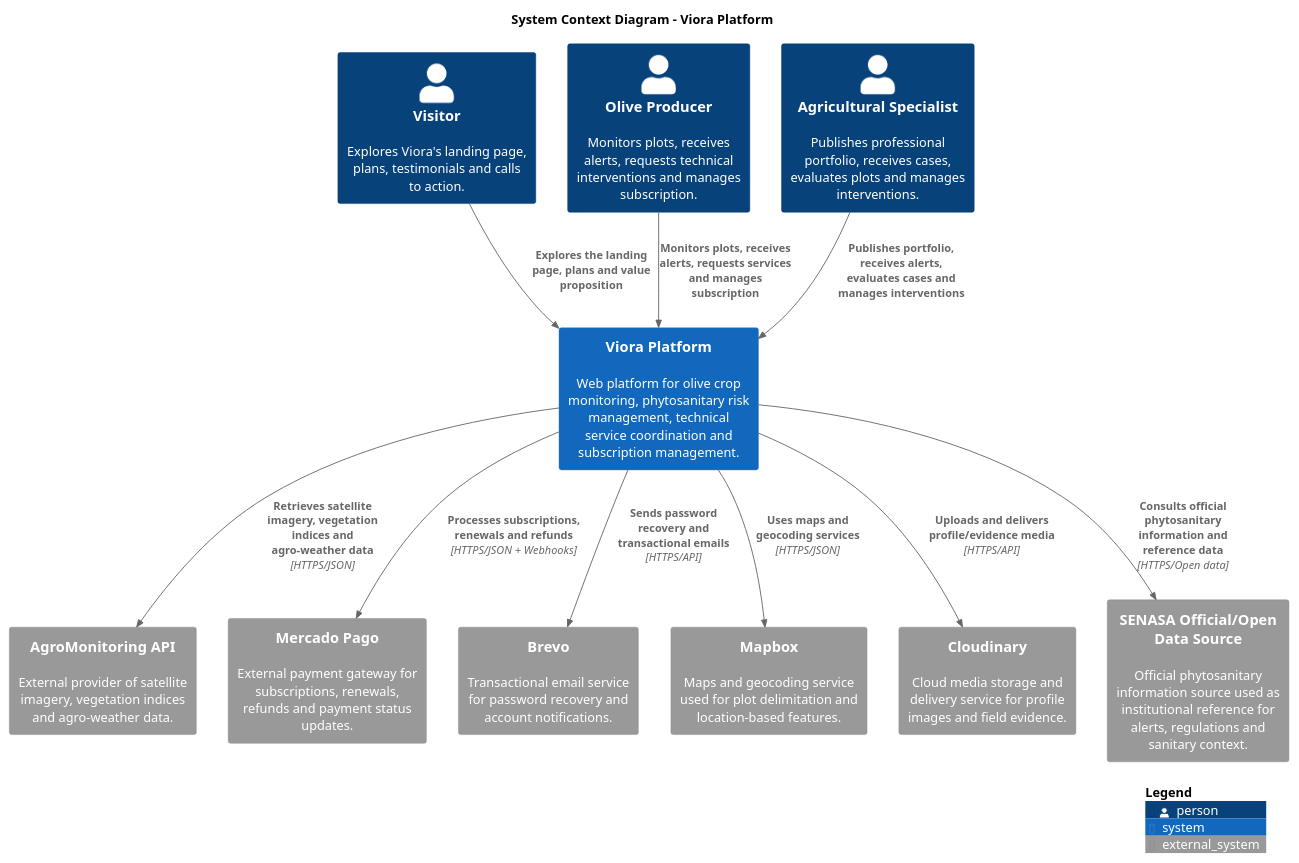
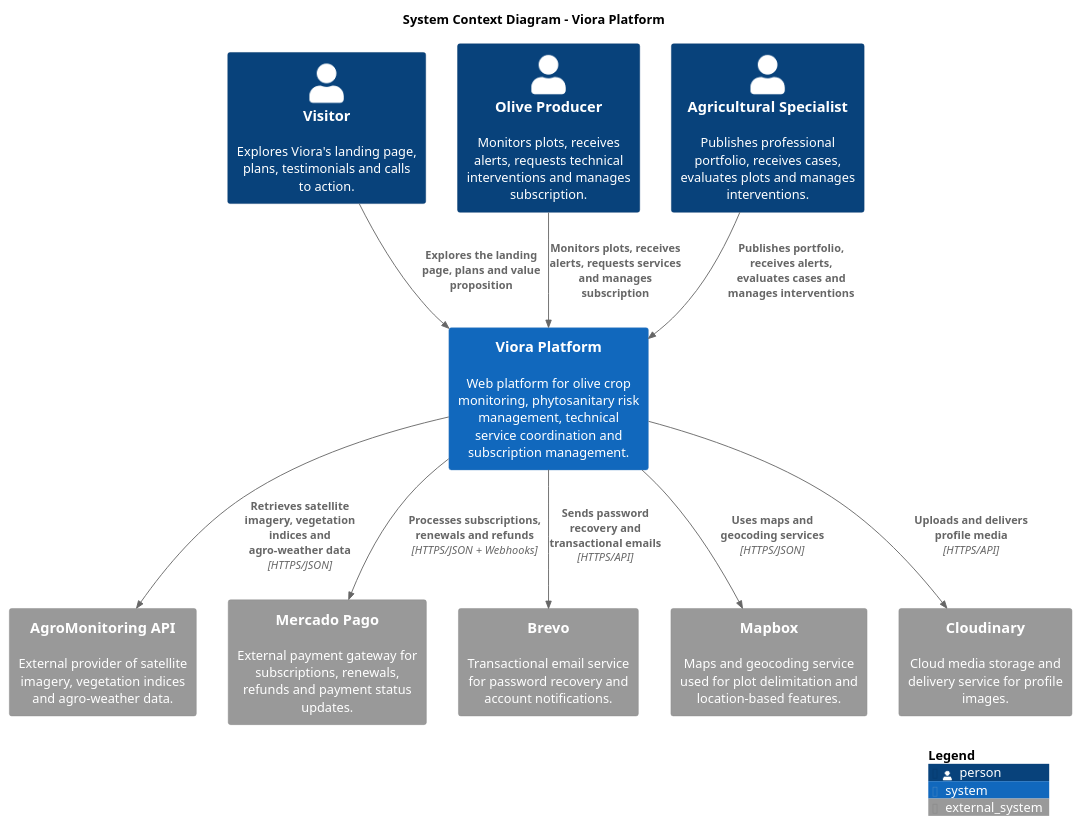
The diagram in report/assets/diagram-sources/c4/VioraSystemContext.puml (upc-pre-1asi0730-2610-10215-arcadiadevs/viora-report), drawn with PlantUML before and after one commit. The commit also changed 15 other files, not shown here.

Commit message:
fix(c4-diagrams): remove senasa and align components with actual codebase.

```diff
--- a/report/assets/diagram-sources/c4/VioraSystemContext.puml
+++ b/report/assets/diagram-sources/c4/VioraSystemContext.puml
@@ -1,31 +1,29 @@
 @startuml VioraSystemContext
-!include https://raw.githubusercontent.com/plantuml-stdlib/C4/master/C4_Context.puml
+!include <C4/C4_Context>
 
 title System Context Diagram - Viora Platform
 
 Person(visitor, "Visitor", "Explores Viora's landing page, plans, testimonials and calls to action.")
 Person(oliveProducer, "Olive Producer", "Monitors plots, receives alerts, requests technical interventions and manages subscription.")
 Person(agriSpecialist, "Agricultural Specialist", "Publishes professional portfolio, receives cases, evaluates plots and manages interventions.")
 
 System(vioraPlatform, "Viora Platform", "Web platform for olive crop monitoring, phytosanitary risk management, technical service coordination and subscription management.")
 
 System_Ext(agroMonitoring, "AgroMonitoring API", "External provider of satellite imagery, vegetation indices and agro-weather data.")
 System_Ext(mercadoPago, "Mercado Pago", "External payment gateway for subscriptions, renewals, refunds and payment status updates.")
 System_Ext(brevo, "Brevo", "Transactional email service for password recovery and account notifications.")
 System_Ext(mapbox, "Mapbox", "Maps and geocoding service used for plot delimitation and location-based features.")
-System_Ext(cloudinary, "Cloudinary", "Cloud media storage and delivery service for profile images and field evidence.")
-System_Ext(senasa, "SENASA Official/Open Data Source", "Official phytosanitary information source used as institutional reference for alerts, regulations and sanitary context.")
+System_Ext(cloudinary, "Cloudinary", "Cloud media storage and delivery service for profile images.")
 
 Rel(visitor, vioraPlatform, "Explores the landing page, plans and value proposition")
 Rel(oliveProducer, vioraPlatform, "Monitors plots, receives alerts, requests services and manages subscription")
 Rel(agriSpecialist, vioraPlatform, "Publishes portfolio, receives alerts, evaluates cases and manages interventions")
 
 Rel(vioraPlatform, agroMonitoring, "Retrieves satellite imagery, vegetation indices and agro-weather data", "HTTPS/JSON")
 Rel(vioraPlatform, mercadoPago, "Processes subscriptions, renewals and refunds", "HTTPS/JSON + Webhooks")
 Rel(vioraPlatform, brevo, "Sends password recovery and transactional emails", "HTTPS/API")
 Rel(vioraPlatform, mapbox, "Uses maps and geocoding services", "HTTPS/JSON")
-Rel(vioraPlatform, cloudinary, "Uploads and delivers profile/evidence media", "HTTPS/API")
-Rel(vioraPlatform, senasa, "Consults official phytosanitary information and reference data", "HTTPS/Open data")
+Rel(vioraPlatform, cloudinary, "Uploads and delivers profile media", "HTTPS/API")
 
 SHOW_LEGEND()
 @enduml
```
